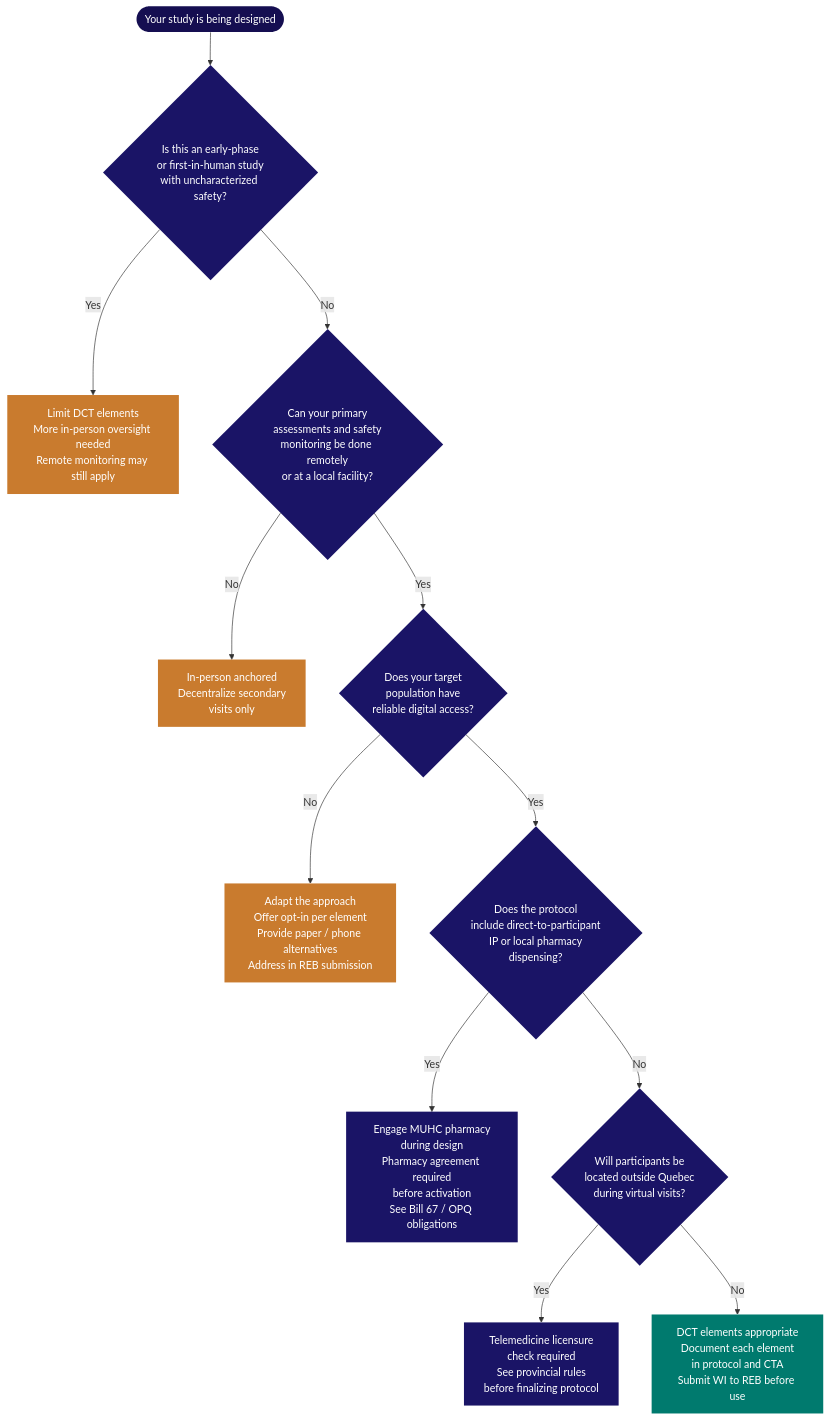
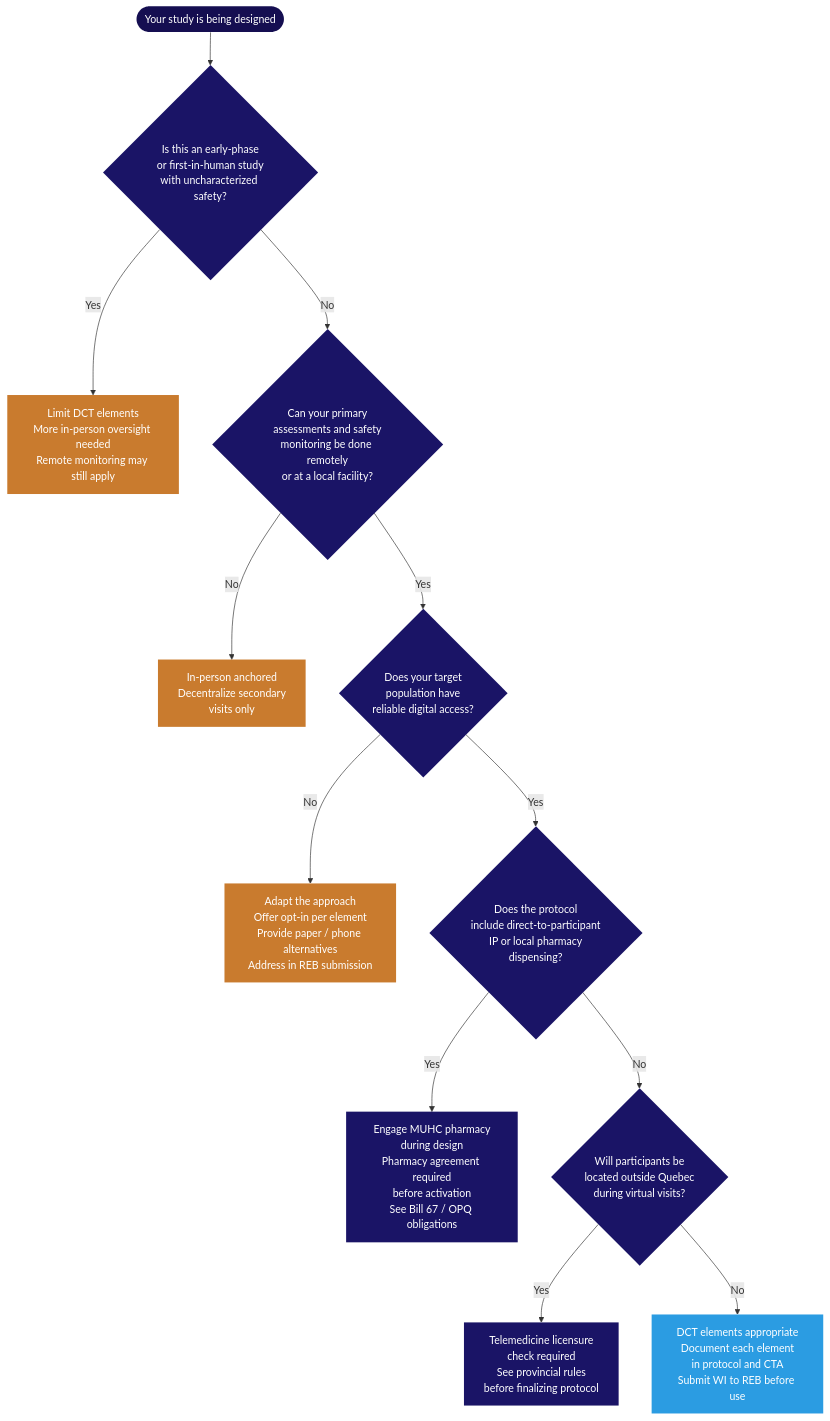
One commit to matthewfiorentino/docs changed the diagram in kb/dct-design.mdx. Above: the diagram before and after it, drawn with Mermaid. The commit also changed 36 other files, not shown here.

````diff
--- a/kb/dct-design.mdx
+++ b/kb/dct-design.mdx
@@ -51,32 +51,32 @@
 ```mermaid
 flowchart TD
     START([Your study is being designed]) --> Q1{Is this an early-phase\nor first-in-human study\nwith uncharacterized safety?}
 
     Q1 -- Yes --> LIMIT1["Limit DCT elements\nMore in-person oversight needed\nRemote monitoring may still apply"]
     Q1 -- No --> Q2{Can your primary\nassessments and safety\nmonitoring be done remotely\nor at a local facility?}
 
     Q2 -- No --> ANCHOR["In-person anchored\nDecentralize secondary\nvisits only"]
     Q2 -- Yes --> Q3{Does your target\npopulation have\nreliable digital access?}
 
     Q3 -- No --> ADAPT["Adapt the approach\nOffer opt-in per element\nProvide paper / phone alternatives\nAddress in REB submission"]
     Q3 -- Yes --> Q4{Does the protocol\ninclude direct-to-participant\nIP or local pharmacy\ndispensing?}
 
     Q4 -- Yes --> PHARMACY["Engage MUHC pharmacy\nduring design\nPharmacy agreement required\nbefore activation\nSee Bill 67 / OPQ obligations"]
     Q4 -- No --> Q5{Will participants be\nlocated outside Quebec\nduring virtual visits?}
 
     Q5 -- Yes --> LICENCING["Telemedicine licensure\ncheck required\nSee provincial rules\nbefore finalizing protocol"]
     Q5 -- No --> PROCEED["DCT elements appropriate\nDocument each element\nin protocol and CTA\nSubmit WI to REB before use"]
 
     style START fill:#150e51,color:#fff,stroke:none
     style LIMIT1 fill:#c97b2e,color:#fff,stroke:none
     style ANCHOR fill:#c97b2e,color:#fff,stroke:none
     style ADAPT fill:#c97b2e,color:#fff,stroke:none
     style PHARMACY fill:#1a1466,color:#fff,stroke:none
     style LICENCING fill:#1a1466,color:#fff,stroke:none
-    style PROCEED fill:#007a6e,color:#fff,stroke:none
+    style PROCEED fill:#2b9ce2,color:#fff,stroke:none
     style Q1 fill:#1a1466,color:#fff,stroke:none
     style Q2 fill:#1a1466,color:#fff,stroke:none
     style Q3 fill:#1a1466,color:#fff,stroke:none
     style Q4 fill:#1a1466,color:#fff,stroke:none
     style Q5 fill:#1a1466,color:#fff,stroke:none
 ```
````
